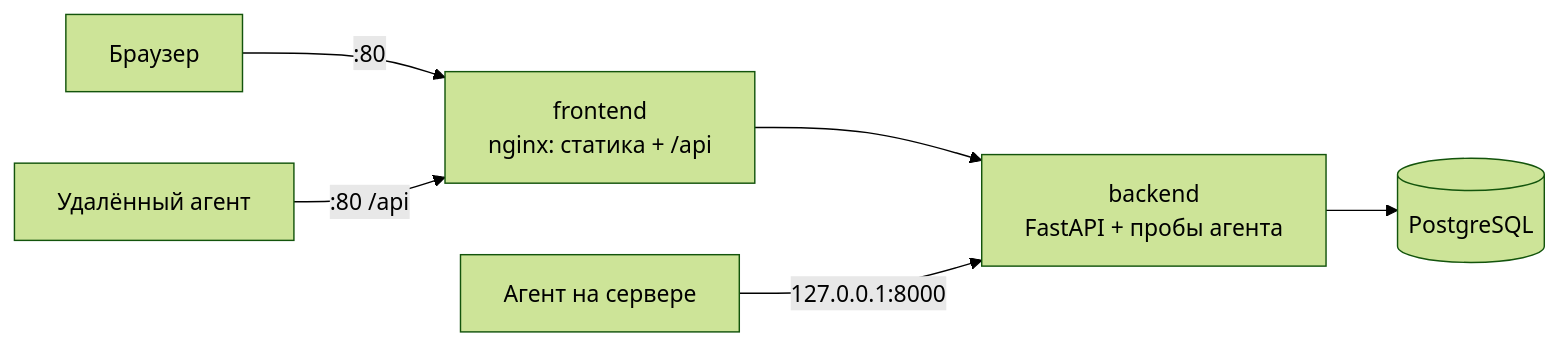
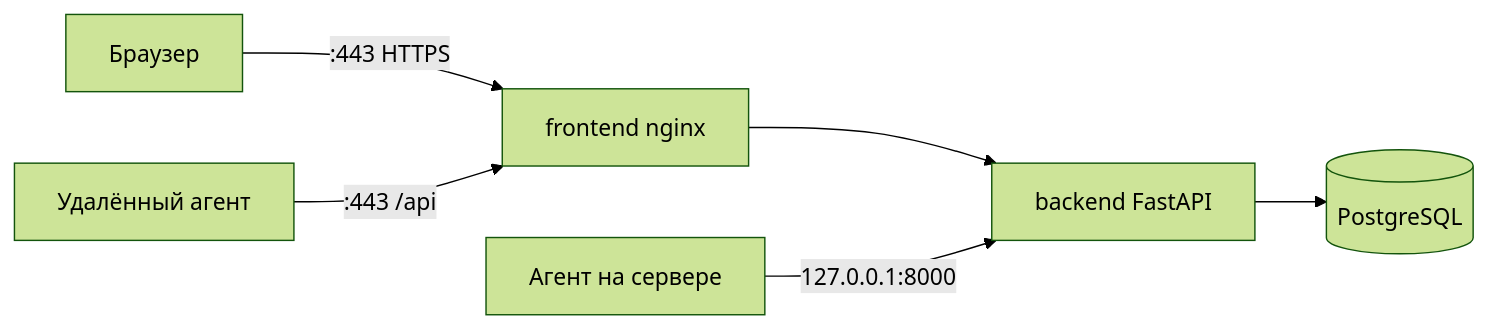
One commit to obryadov111/hardening changed the diagram in README.md. Above: the diagram before and after it, drawn with Mermaid (forest theme). The commit also changed other lines of this file and 30 other files, not shown here.

````diff
--- a/README.md
+++ b/README.md
@@ -80,8 +103,8 @@
 ```mermaid
 flowchart LR
-    B[Браузер] -->|":80"| N["frontend<br/>nginx: статика + /api"]
-    RA[Удалённый агент] -->|":80 /api"| N
-    N --> BE["backend<br/>FastAPI + пробы агента"]
+    B[Браузер] -->|":443 HTTPS"| N["frontend nginx"]
+    RA[Удалённый агент] -->|":443 /api"| N
+    N --> BE["backend FastAPI"]
     LA[Агент на сервере] -->|"127.0.0.1:8000"| BE
     BE --> DB[("PostgreSQL")]
 ```
````
